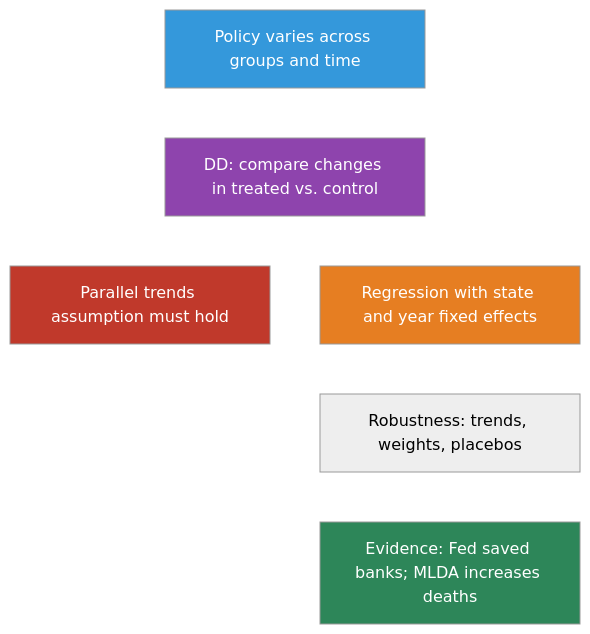
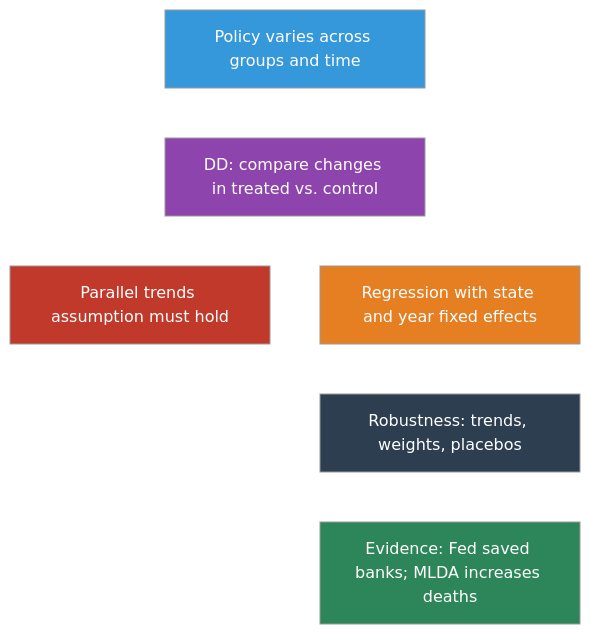
One commit to cmg777/intro2causal changed the third of 3 diagrams in book/notebooks_quarto/05-differences-in-differences.qmd. Above: the diagram before and after it, drawn with Mermaid (neutral theme). The commit also changed other lines of this file and 5 other files, not shown here.

Commit message:
Add missing node styles and explanatory paragraphs to all mermaid diagrams

````diff
--- a/book/notebooks_quarto/05-differences-in-differences.qmd
+++ b/book/notebooks_quarto/05-differences-in-differences.qmd
@@ -400,25 +406,26 @@
 ```{mermaid}
 %%| label: fig-concept-map
 %%| fig-cap: "How the key concepts of Chapter 5 connect"
 
 graph TD
     Q["Policy varies across groups and time"]
     DD["DD: compare changes in treated vs. control"]
     PT["Parallel trends assumption must hold"]
     FE["Regression with state and year fixed effects"]
     ROB["Robustness: trends, weights, placebos"]
     EV["Evidence: Fed saved banks; MLDA increases deaths"]
 
     Q --> DD
     DD --> PT
     DD --> FE
     FE --> ROB
     ROB --> EV
 
     style Q fill:#3498db,color:#fff
     style DD fill:#8e44ad,color:#fff
     style PT fill:#c0392b,color:#fff
     style FE fill:#e67e22,color:#fff
+    style ROB fill:#2c3e50,color:#fff
     style EV fill:#2d8659,color:#fff
     linkStyle default stroke:#fff,stroke-width:2px
 ```
````
